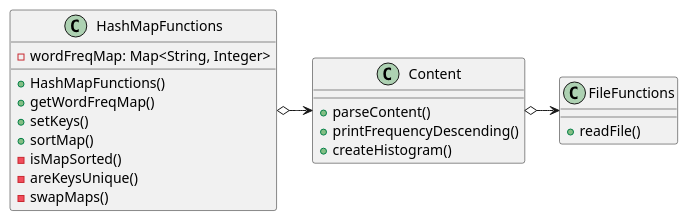
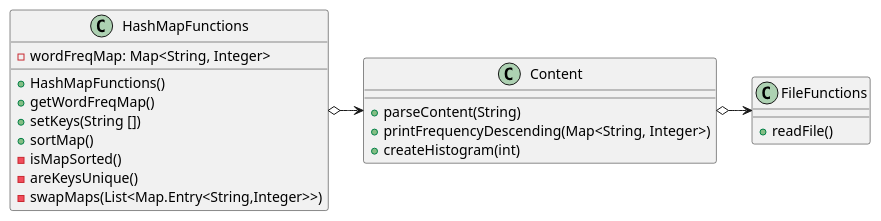
The diagram in src/main/java/oop/assignment3/ex46/base/WordFrequencyFinder.puml (ivy-nguyen18/nguyen-cop3330-assignment3), drawn with PlantUML before and after one commit. The commit also changed 12 other files, not shown here.

```diff
--- a/src/main/java/oop/assignment3/ex46/base/WordFrequencyFinder.puml
+++ b/src/main/java/oop/assignment3/ex46/base/WordFrequencyFinder.puml
@@ -1,32 +1,32 @@
 @startuml
 'https://plantuml.com/class-diagram
 
 
 HashMapFunctions o-> Content
 Content o-> FileFunctions
 
 
 class FileFunctions {
     + readFile()
 }
 
 class HashMapFunctions {
     - wordFreqMap: Map<String, Integer>
 
     + HashMapFunctions()
     + getWordFreqMap()
-    + setKeys()
+    + setKeys(String [])
     + sortMap()
     - isMapSorted()
     - areKeysUnique()
-    - swapMaps()
+    - swapMaps(List<Map.Entry<String,Integer>>)
 }
 
 class Content{
-    + parseContent()
-    + printFrequencyDescending()
-    + createHistogram()
+    + parseContent(String)
+    + printFrequencyDescending(Map<String, Integer>)
+    + createHistogram(int)
 }
 
 
 @enduml
```
